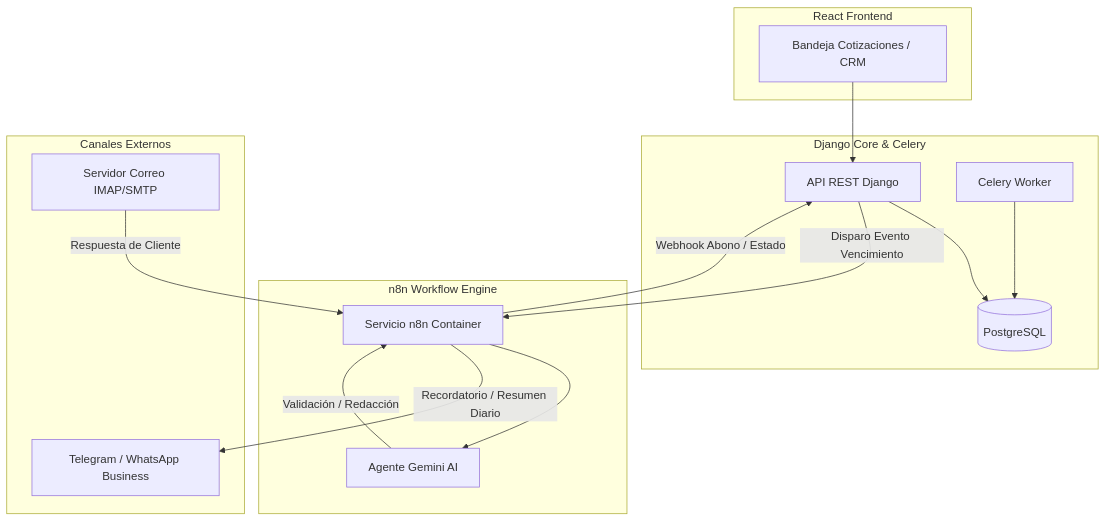
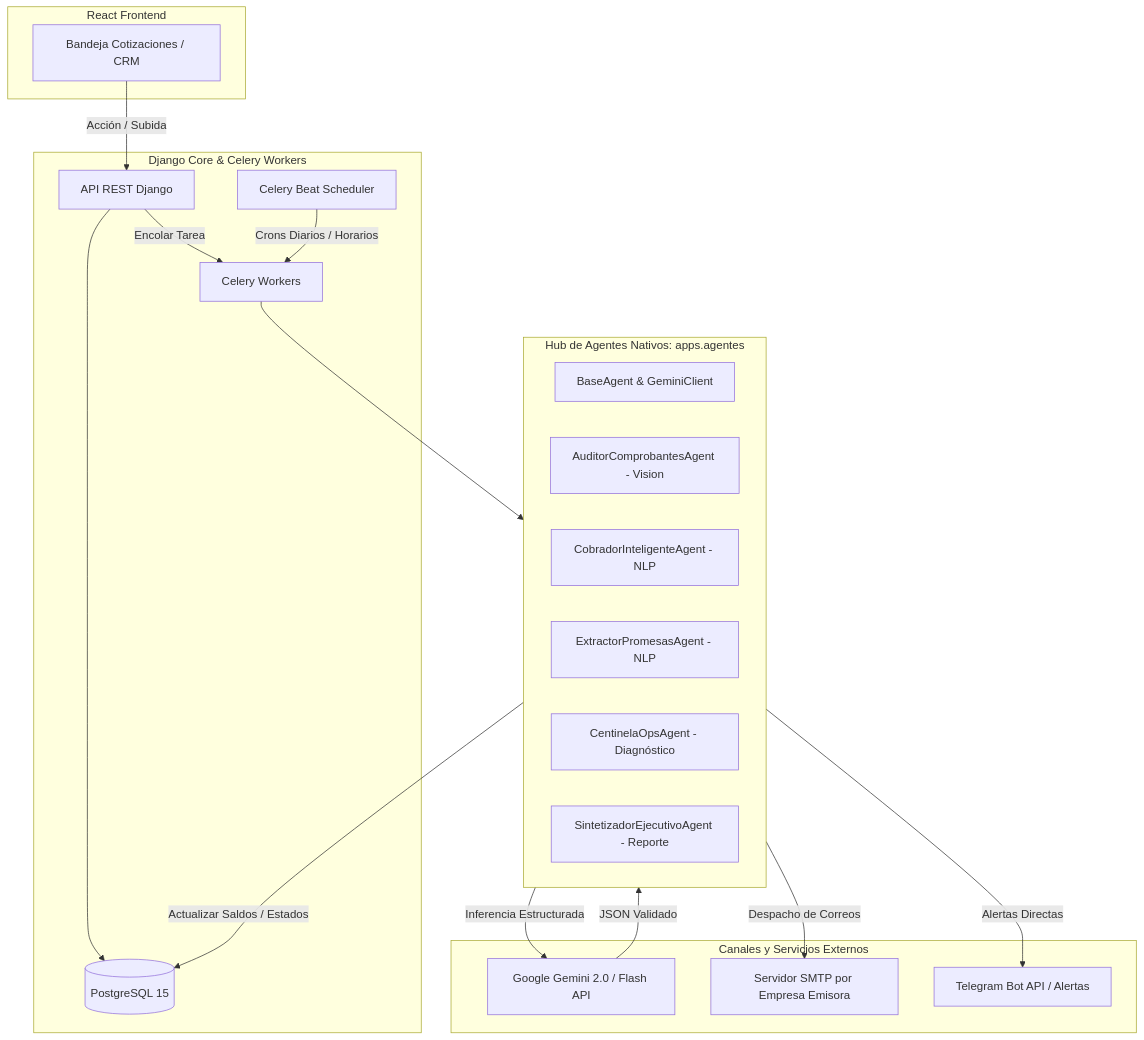
Before and after one commit to AlanContrera/Sistema-Integral-de-Gesti-n: the first of 2 diagrams in docs/futuras_implementaciones/2026-09-11_Integracion_n8n_Cobranza_Inteligente_y_CRM_Comercial.md, drawn with Mermaid. The commit also changed other lines of this file, not shown here.

Commit message:
docs: actualizar propuesta de arquitectura a agentes nativos Django y Celery (sin n8n ni multiagentes)

````diff
--- a/docs/futuras_implementaciones/2026-09-11_Integracion_n8n_Cobranza_Inteligente_y_CRM_Comercial.md
+++ b/docs/futuras_implementaciones/2026-09-11_Integracion_n8n_Cobranza_Inteligente_y_CRM_Comercial.md
@@ -27,33 +41,40 @@
 ```mermaid
 graph TD
     subgraph Frontend [React Frontend]
         UI[Bandeja Cotizaciones / CRM]
     end
 
-    subgraph Backend [Django Core & Celery]
+    subgraph DjangoBackend [Django Core & Celery Workers]
         API[API REST Django]
-        DB[(PostgreSQL)]
-        Worker[Celery Worker]
+        DB[(PostgreSQL 15)]
+        CeleryWorker[Celery Workers]
+        CeleryBeat[Celery Beat Scheduler]
     end
 
-    subgraph Automation [n8n Workflow Engine]
-        n8n[Servicio n8n Container]
-        AI[Agente Gemini AI]
+    subgraph HubAgentes [Hub de Agentes Nativos: apps.agentes]
+        Base[BaseAgent & GeminiClient]
+        Auditor[AuditorComprobantesAgent - Vision]
+        Cobrador[CobradorInteligenteAgent - NLP]
+        Promesas[ExtractorPromesasAgent - NLP]
+        Centinela[CentinelaOpsAgent - Diagnóstico]
+        Reporter[SintetizadorEjecutivoAgent - Reporte]
     end
 
-    subgraph External [Canales Externos]
-        Email[Servidor Correo IMAP/SMTP]
-        Msg[Telegram / WhatsApp Business]
+    subgraph CanalesSalida [Canales y Servicios Externos]
+        GeminiAPI[Google Gemini 2.0 / Flash API]
+        SMTP[Servidor SMTP por Empresa Emisora]
+        Telegram[Telegram Bot API / Alertas]
     end
 
-    UI --> API
+    UI -->|Acción / Subida| API
     API --> DB
-    Worker --> DB
+    API -->|Encolar Tarea| CeleryWorker
+    CeleryBeat -->|Crons Diarios / Horarios| CeleryWorker
 
-    Email -->|Respuesta de Cliente| n8n
-    n8n --> AI
-    AI -->|Validación / Redacción| n8n
-    n8n -->|Webhook Abono / Estado| API
-    API -->|Disparo Evento Vencimiento| n8n
-    n8n -->|Recordatorio / Resumen Diario| Msg
+    CeleryWorker --> HubAgentes
+    HubAgentes -->|Inferencia Estructurada| GeminiAPI
+    GeminiAPI -->|JSON Validado| HubAgentes
+    HubAgentes -->|Actualizar Saldos / Estados| DB
+    HubAgentes -->|Despacho de Correos| SMTP
+    HubAgentes -->|Alertas Directas| Telegram
 ```
````
